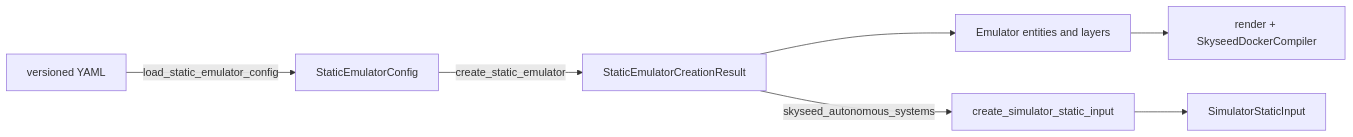
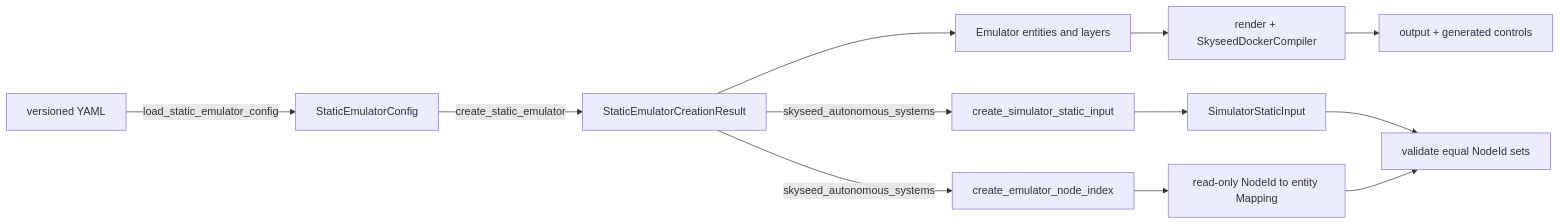
The third of 4 diagrams in skyseed_v2/docs/architecture/emulator-public-construction-api.md (seed-labs/skyseed), drawn with Mermaid before and after one commit. The commit also changed other lines of this file and 47 other files, not shown here.

Commit message:
Unify generated examples and cross-layer node identity

````diff
--- a/skyseed_v2/docs/architecture/emulator-public-construction-api.md
+++ b/skyseed_v2/docs/architecture/emulator-public-construction-api.md
@@ -116,9 +131,14 @@
 ```mermaid
 flowchart LR
     Y[versioned YAML] -->|load_static_emulator_config| C[StaticEmulatorConfig]
     C -->|create_static_emulator| R[StaticEmulatorCreationResult]
     R --> E[Emulator entities and layers]
     R -->|skyseed_autonomous_systems| F[create_simulator_static_input]
     F --> I[SimulatorStaticInput]
+    R -->|skyseed_autonomous_systems| N[create_emulator_node_index]
+    N --> D[read-only NodeId to entity Mapping]
+    I --> V[validate equal NodeId sets]
+    D --> V
     E --> K[render + SkyseedDockerCompiler]
+    K --> O[output + generated controls]
 ```
````
